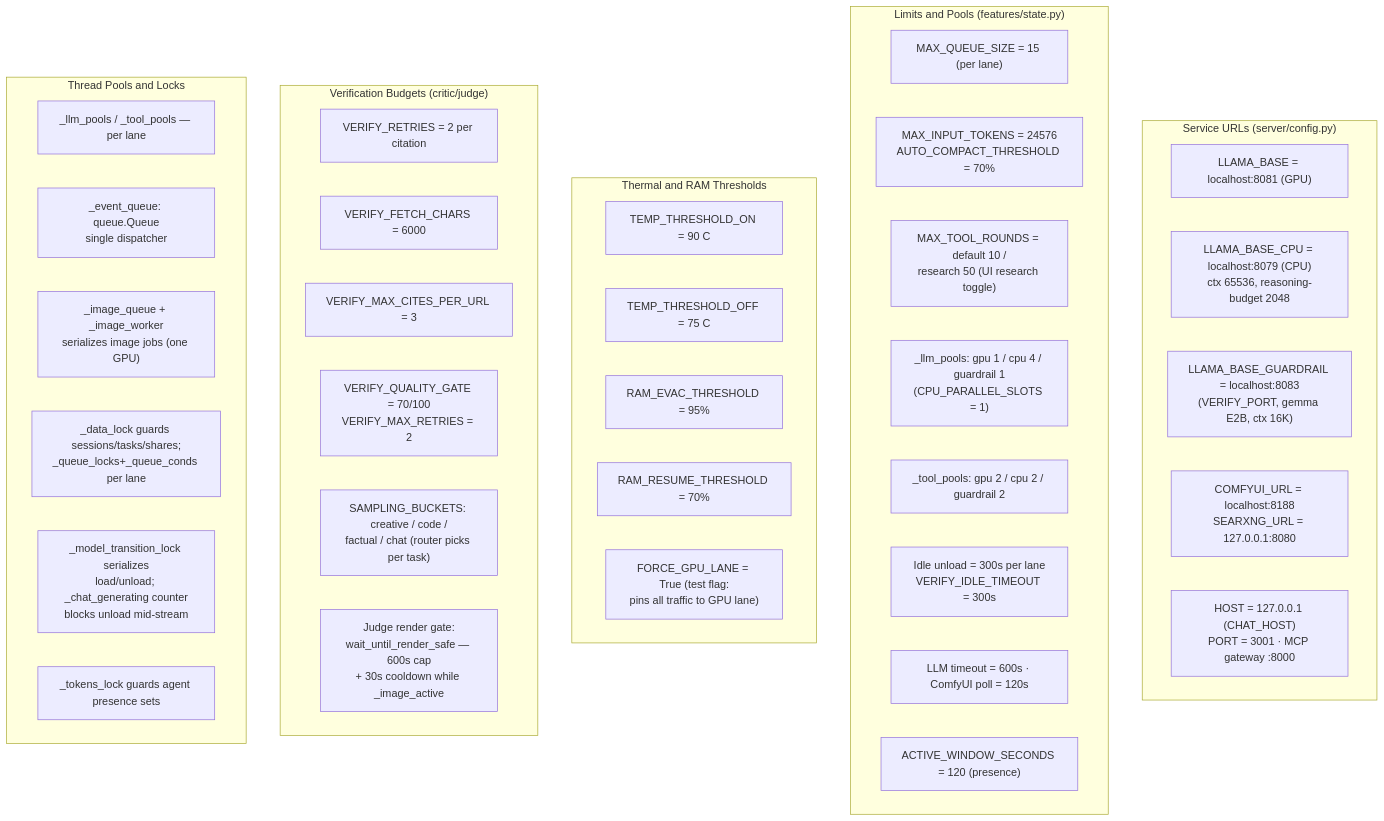
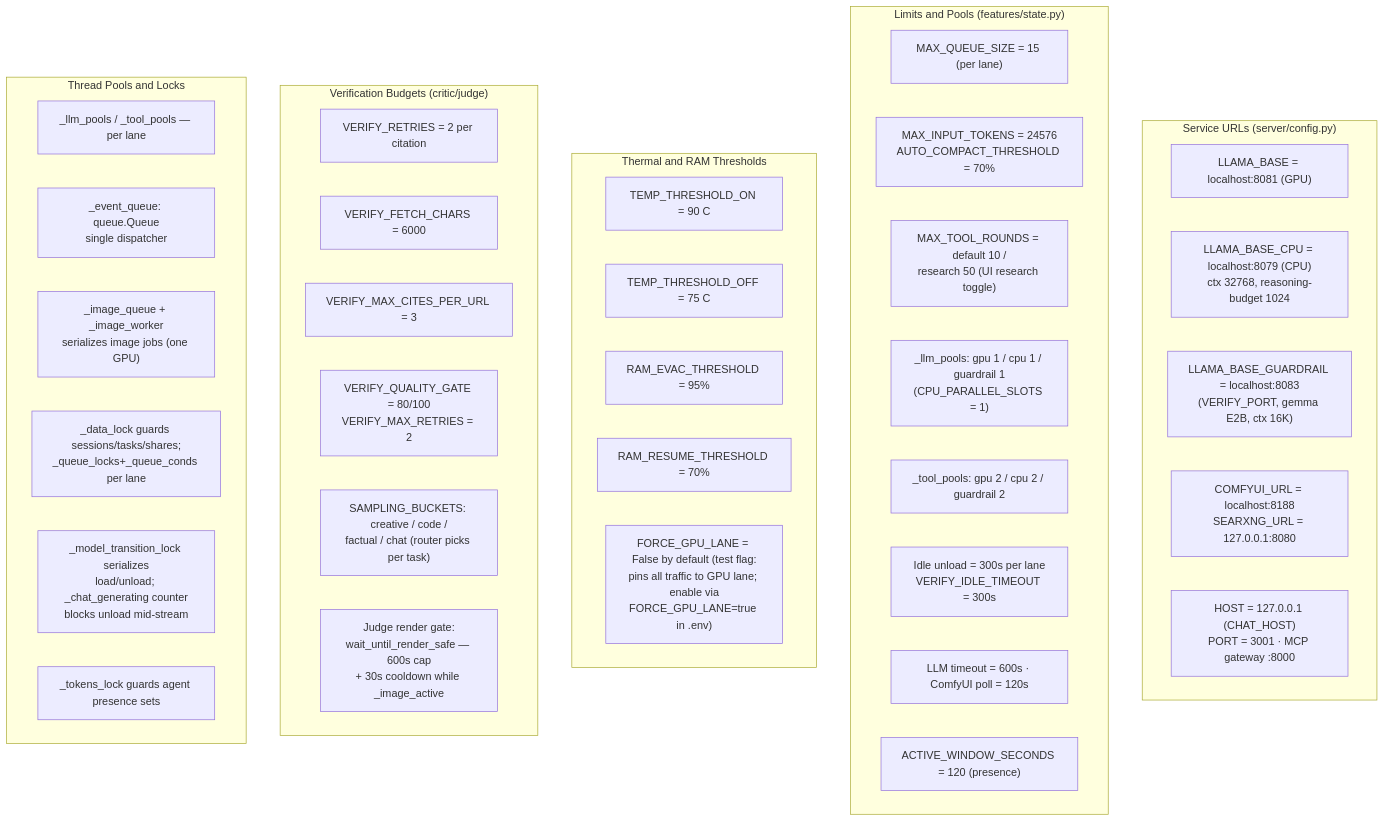
The third of 13 diagrams in ARCHITECTURE.md (Palash90/local-ai), drawn with Mermaid before and after one commit. The commit also changed other lines of this file and 6 other files, not shown here.

````diff
--- a/ARCHITECTURE.md
+++ b/ARCHITECTURE.md
@@ -103,47 +104,47 @@
 ```mermaid
 graph TD
     subgraph RCNetwork ["Service URLs (server/config.py)"]
         RC1["LLAMA_BASE = localhost:8081 (GPU)"]
-        RC2["LLAMA_BASE_CPU = localhost:8079 (CPU)\nctx 65536, reasoning-budget 2048"]
+        RC2["LLAMA_BASE_CPU = localhost:8079 (CPU)\nctx 32768, reasoning-budget 1024"]
         RC3["LLAMA_BASE_GUARDRAIL = localhost:8083\n(VERIFY_PORT, gemma E2B, ctx 16K)"]
         RC4["COMFYUI_URL = localhost:8188\nSEARXNG_URL = 127.0.0.1:8080"]
         RC5["HOST = 127.0.0.1 (CHAT_HOST)\nPORT = 3001 · MCP gateway :8000"]
     end
 
     subgraph RCLimits ["Limits and Pools (features/state.py)"]
         RL1["MAX_QUEUE_SIZE = 15 (per lane)"]
         RL2["MAX_INPUT_TOKENS = 24576\nAUTO_COMPACT_THRESHOLD = 70%"]
         RL3["MAX_TOOL_ROUNDS = default 10 /\nresearch 50 (UI research toggle)"]
-        RL4["_llm_pools: gpu 1 / cpu 4 / guardrail 1\n(CPU_PARALLEL_SLOTS = 1)"]
+        RL4["_llm_pools: gpu 1 / cpu 1 / guardrail 1\n(CPU_PARALLEL_SLOTS = 1)"]
         RL5["_tool_pools: gpu 2 / cpu 2 / guardrail 2"]
         RL6["Idle unload = 300s per lane\nVERIFY_IDLE_TIMEOUT = 300s"]
         RL7["LLM timeout = 600s · ComfyUI poll = 120s"]
         RL8["ACTIVE_WINDOW_SECONDS = 120 (presence)"]
     end
 
     subgraph RCThermal ["Thermal and RAM Thresholds"]
         RT1["TEMP_THRESHOLD_ON = 90 C"]
         RT2["TEMP_THRESHOLD_OFF = 75 C"]
         RT3["RAM_EVAC_THRESHOLD = 95%"]
         RT4["RAM_RESUME_THRESHOLD = 70%"]
-        RT5["FORCE_GPU_LANE = True (test flag:\npins all traffic to GPU lane)"]
+        RT5["FORCE_GPU_LANE = False by default (test flag:\npins all traffic to GPU lane; enable via\nFORCE_GPU_LANE=true in .env)"]
     end
 
     subgraph RCVerify ["Verification Budgets (critic/judge)"]
         RV1["VERIFY_RETRIES = 2 per citation"]
         RV2["VERIFY_FETCH_CHARS = 6000"]
         RV3["VERIFY_MAX_CITES_PER_URL = 3"]
-        RV4["VERIFY_QUALITY_GATE = 70/100\nVERIFY_MAX_RETRIES = 2"]
+        RV4["VERIFY_QUALITY_GATE = 80/100\nVERIFY_MAX_RETRIES = 2"]
         RV5["SAMPLING_BUCKETS: creative / code /\nfactual / chat (router picks per task)"]
         RV6["Judge render gate:\nwait_until_render_safe — 600s cap\n+ 30s cooldown while _image_active"]
     end
 
     subgraph RCThreads ["Thread Pools and Locks"]
         LK1["_llm_pools / _tool_pools — per lane"]
         LK2["_event_queue: queue.Queue\nsingle dispatcher"]
         LK3["_image_queue + _image_worker\nserializes image jobs (one GPU)"]
         LK4["_data_lock guards sessions/tasks/shares;\n_queue_locks+_queue_conds per lane"]
         LK5["_model_transition_lock serializes\nload/unload; _chat_generating counter\nblocks unload mid-stream"]
         LK6["_tokens_lock guards agent presence sets"]
     end
 ```
````
